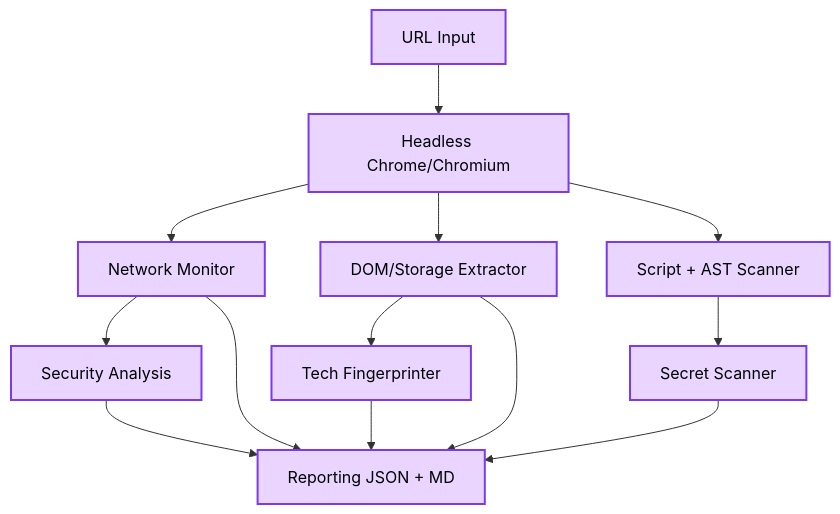
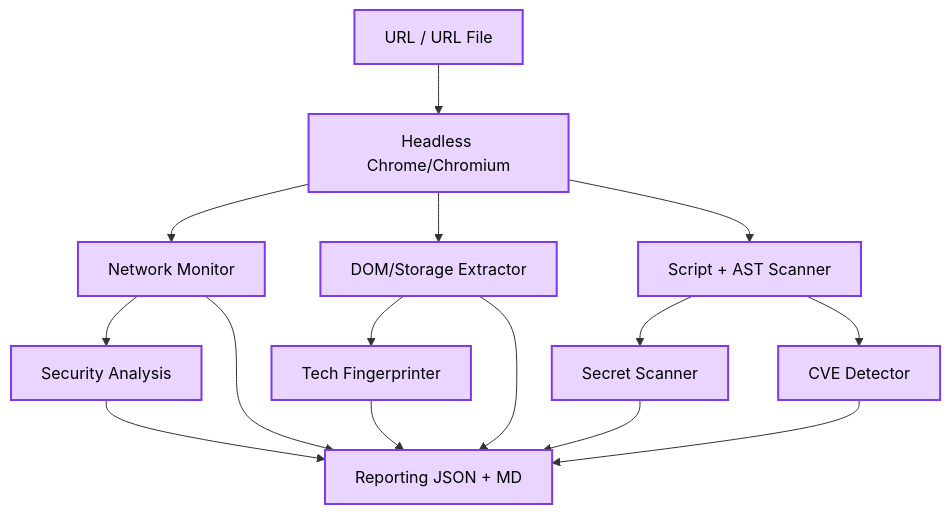
One commit to ul0gic/corrode changed the first of 3 diagrams in README.md. Above: the diagram before and after it, drawn with Mermaid. The commit also changed other lines of this file and 4 other files, not shown here.

````diff
--- a/README.md
+++ b/README.md
@@ -31,18 +45,20 @@
 ```mermaid
 graph TD
-    A[URL Input] --> B[Headless Chrome/Chromium]
+    A[URL / URL File] --> B[Headless Chrome/Chromium]
     B --> C[Network Monitor]
     B --> D[DOM/Storage Extractor]
     B --> E[Script + AST Scanner]
     E --> G[Secret Scanner]
     D --> H[Tech Fingerprinter]
     C --> I[Security Analysis]
+    E --> J[CVE Detector]
     G --> Results[Reporting JSON + MD]
     C --> Results
     D --> Results
     H --> Results
     I --> Results
+    J --> Results
 
     classDef purple fill:#e9d5ff,stroke:#7c3aed,stroke-width:2px,color:#000
-    class A,B,C,D,E,F,G,H,I,Results purple
+    class A,B,C,D,E,F,G,H,I,J,Results purple
 ```
````
